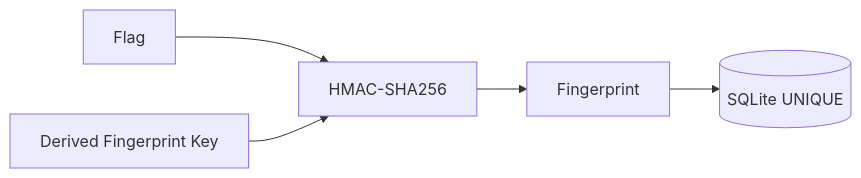
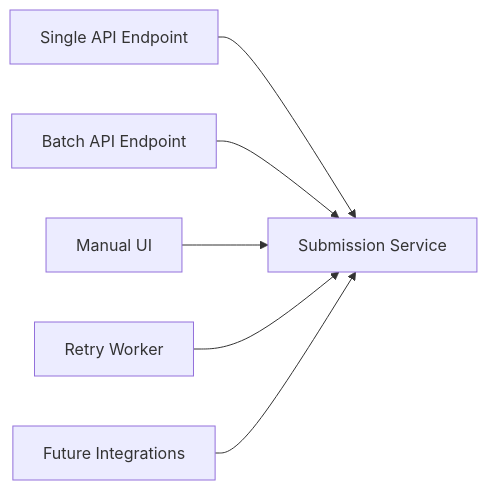
The eighth of 9 diagrams in README.md (Denis-Krueger-labs/MOTH), drawn with Mermaid before and after one commit. The commit also changed other lines of this file, not shown here.

````diff
--- a/README.md
+++ b/README.md
@@ -269,11 +782,8 @@
 ```mermaid
 flowchart LR
-    FLAG[Flag]
-    KEY[Derived Fingerprint Key]
-
-    FLAG --> HMAC[HMAC-SHA256]
-    KEY --> HMAC
-
-    HMAC --> FP[Fingerprint]
-    FP --> DB[(SQLite UNIQUE)]
+    A[Single API Endpoint] --> E[Submission Service]
+    B[Batch API Endpoint] --> E
+    C[Manual UI] --> E
+    D[Retry Worker] --> E
+    F[Future Integrations] --> E
 ```
````
